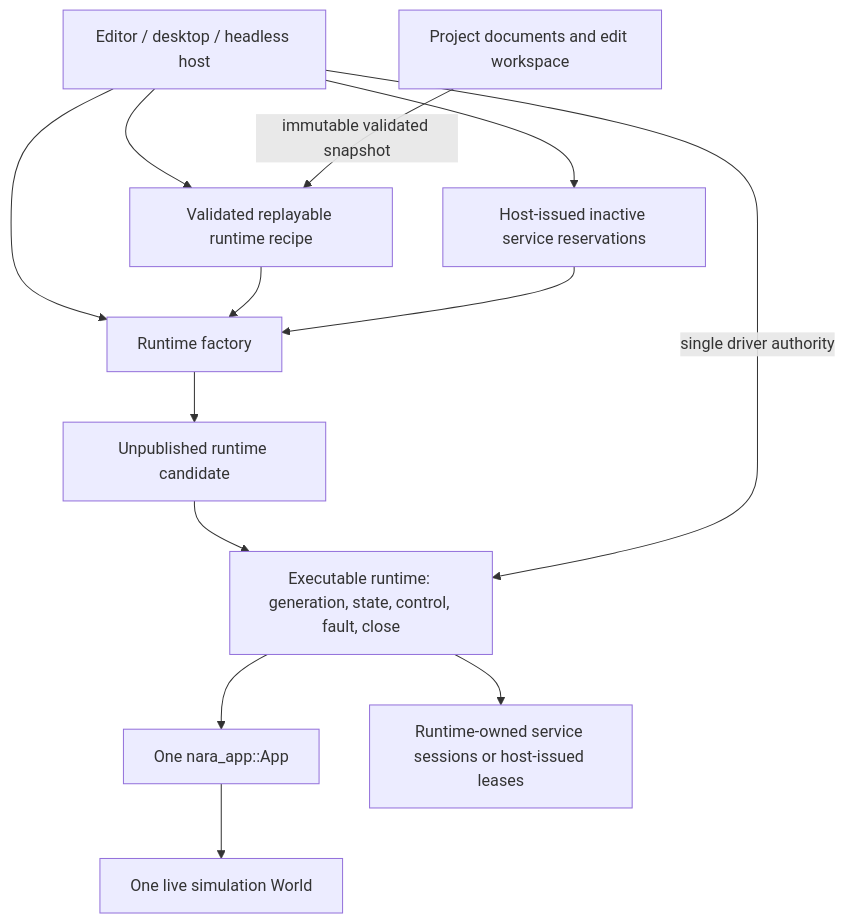
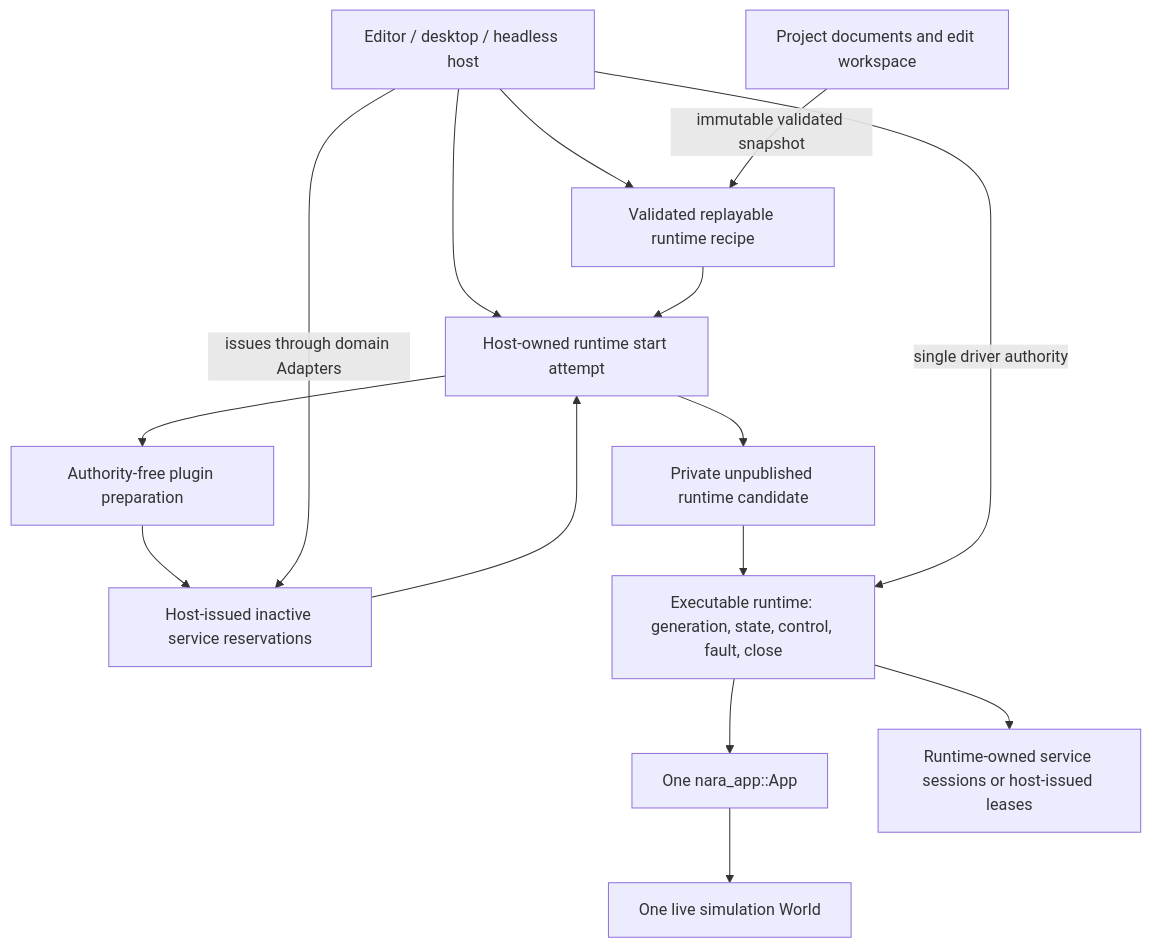
The first of 3 diagrams in docs/architecture/adr/0084-executable-runtime-ownership-and-isolation.md (Latias94/nara), drawn with Mermaid before and after one commit. The commit also changed other lines of this file and 15 other files, not shown here.

First line of the commit message:
docs(architecture): tighten runtime and authoring interfaces

````diff
--- a/docs/architecture/adr/0084-executable-runtime-ownership-and-isolation.md
+++ b/docs/architecture/adr/0084-executable-runtime-ownership-and-isolation.md
@@ -41,26 +43,29 @@
 ```mermaid
 flowchart TD
     Host[Editor / desktop / headless host]
     Recipe[Validated replayable runtime recipe]
+    Start[Host-owned runtime start attempt]
+    Prepare[Authority-free plugin preparation]
     Reservations[Host-issued inactive service reservations]
-    Factory[Runtime factory]
-    Candidate[Unpublished runtime candidate]
+    Candidate[Private unpublished runtime candidate]
     Runtime[Executable runtime: generation, state, control, fault, close]
     App[One nara_app::App]
     World[One live simulation World]
     Sessions[Runtime-owned service sessions or host-issued leases]
     Docs[Project documents and edit workspace]
 
     Host --> Recipe
-    Host --> Reservations
-    Host --> Factory
-    Recipe --> Factory
-    Reservations --> Factory
-    Factory --> Candidate
+    Host --> Start
+    Recipe --> Start
+    Start --> Prepare
+    Prepare --> Reservations
+    Host -->|issues through domain Adapters| Reservations
+    Reservations --> Start
+    Start --> Candidate
     Candidate --> Runtime
     Runtime --> App
     App --> World
     Runtime --> Sessions
     Host -->|single driver authority| Runtime
     Docs -->|immutable validated snapshot| Recipe
 ```
````
